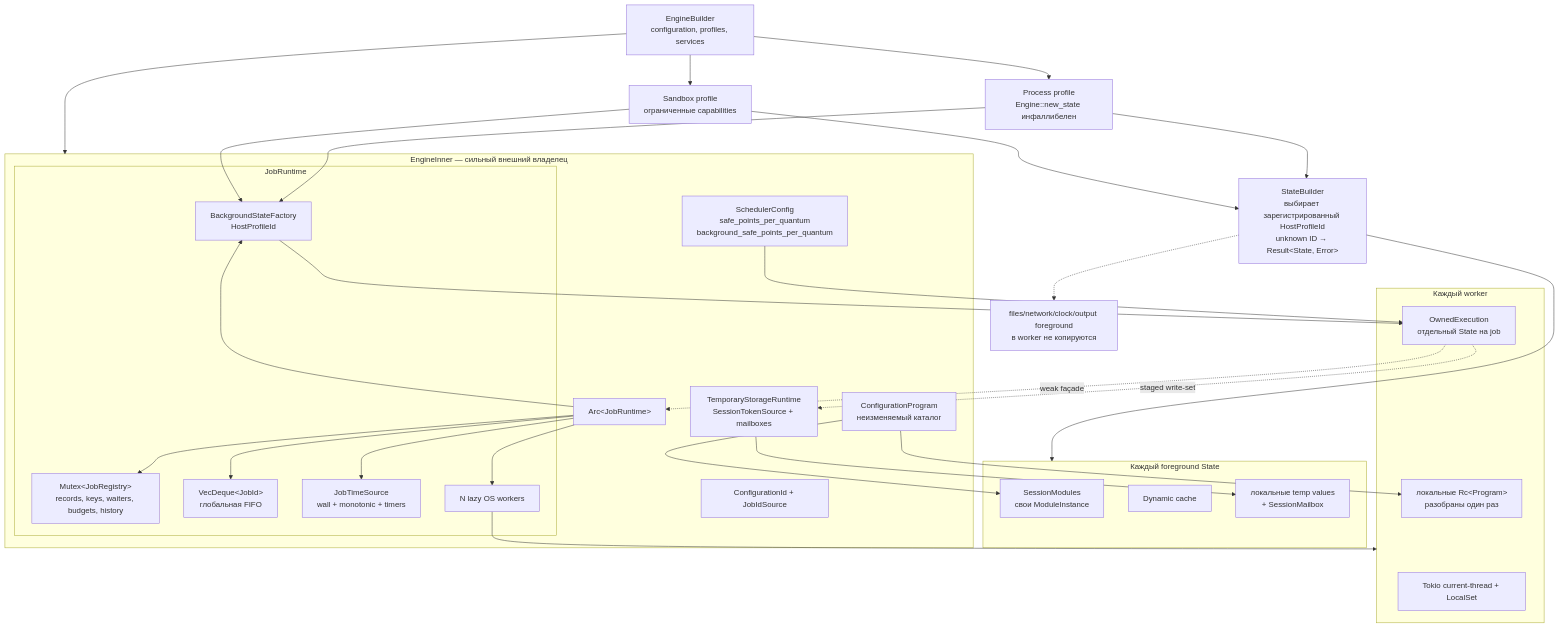
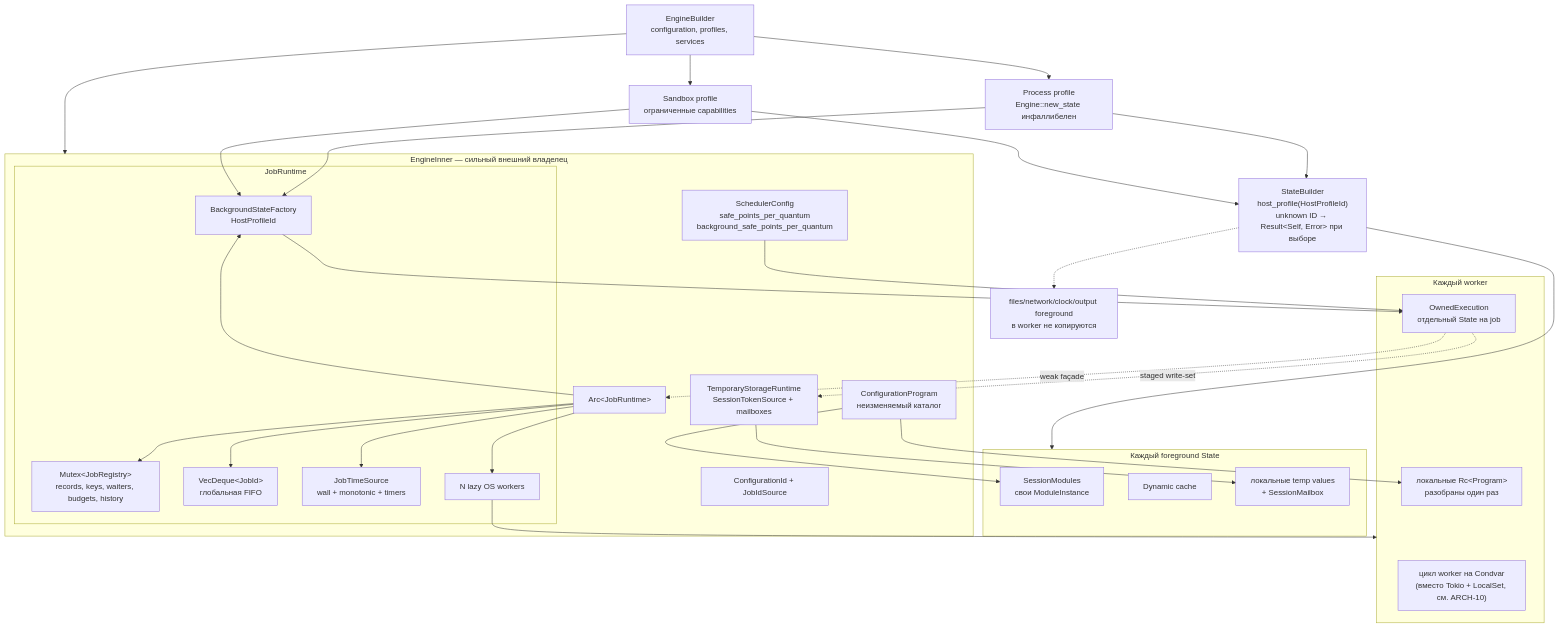
One commit to dobpilot/open-bsl changed the third of 21 diagrams in docs/component-architecture.md. Above: the diagram before and after it, drawn with Mermaid. The commit also changed 37 other files, not shown here.

````diff
--- a/docs/component-architecture.md
+++ b/docs/component-architecture.md
@@ -152,60 +152,60 @@
 ```mermaid
 flowchart TB
     builder["EngineBuilder<br/>configuration, profiles, services"]
 
     subgraph engine["EngineInner — сильный внешний владелец"]
         config["ConfigurationProgram<br/>неизменяемый каталог"]
         scheduler["SchedulerConfig<br/>safe_points_per_quantum<br/>background_safe_points_per_quantum"]
         temp["TemporaryStorageRuntime<br/>SessionTokenSource + mailboxes"]
         ids["ConfigurationId + JobIdSource"]
         jobs["Arc&lt;JobRuntime&gt;"]
 
         subgraph runtime["JobRuntime"]
             registry["Mutex&lt;JobRegistry&gt;<br/>records, keys, waiters, budgets, history"]
             queue["VecDeque&lt;JobId&gt;<br/>глобальная FIFO"]
             factory["BackgroundStateFactory<br/>HostProfileId"]
             time["JobTimeSource<br/>wall + monotonic + timers"]
             workers["N lazy OS workers"]
         end
     end
 
     subgraph foreground["Каждый foreground State"]
         fg_modules["SessionModules<br/>свои ModuleInstance"]
         fg_dynamic["Dynamic cache"]
         fg_temp["локальные temp values<br/>+ SessionMailbox"]
     end
 
-    state_builder["StateBuilder<br/>выбирает зарегистрированный HostProfileId<br/>unknown ID → Result&lt;State, Error&gt;"]
+    state_builder["StateBuilder<br/>host_profile(HostProfileId)<br/>unknown ID → Result&lt;Self, Error&gt; при выборе"]
     process_profile["Process profile<br/>Engine::new_state инфаллибелен"]
     sandbox_profile["Sandbox profile<br/>ограниченные capabilities"]
     no_copy["files/network/clock/output foreground<br/>в worker не копируются"]
 
     subgraph worker["Каждый worker"]
-        local_runtime["Tokio current-thread + LocalSet"]
+        local_runtime["цикл worker на Condvar<br/>(вместо Tokio + LocalSet, см. ARCH-10)"]
         local_catalog["локальные Rc&lt;Program&gt;<br/>разобраны один раз"]
         executions["OwnedExecution<br/>отдельный State на job"]
     end
 
     builder --> engine
     builder --> process_profile
     builder --> sandbox_profile
     state_builder --> foreground
     process_profile --> state_builder
     process_profile --> factory
     sandbox_profile --> state_builder
     sandbox_profile --> factory
     state_builder -.-> no_copy
     config --> fg_modules
     config --> local_catalog
     scheduler --> executions
     jobs --> registry
     jobs --> queue
     jobs --> factory
     jobs --> time
     jobs --> workers
     workers --> worker
     factory --> executions
     temp --> fg_temp
     executions -.->|"weak façade"| jobs
     executions -.->|"staged write-set"| temp
 ```
````
